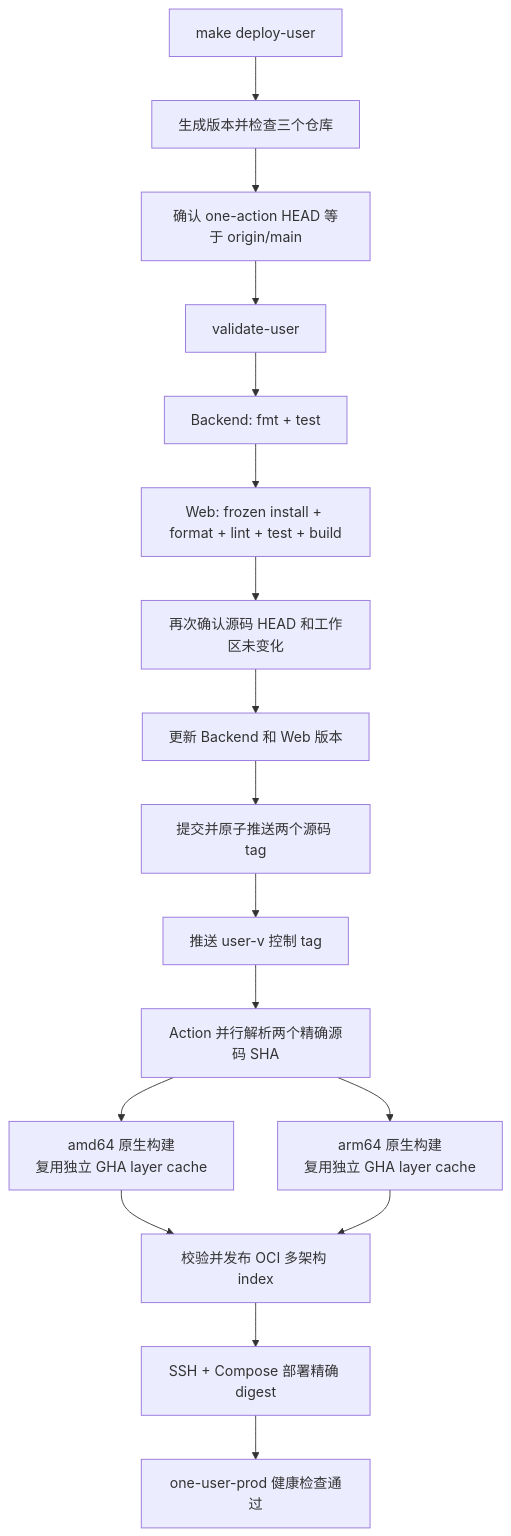
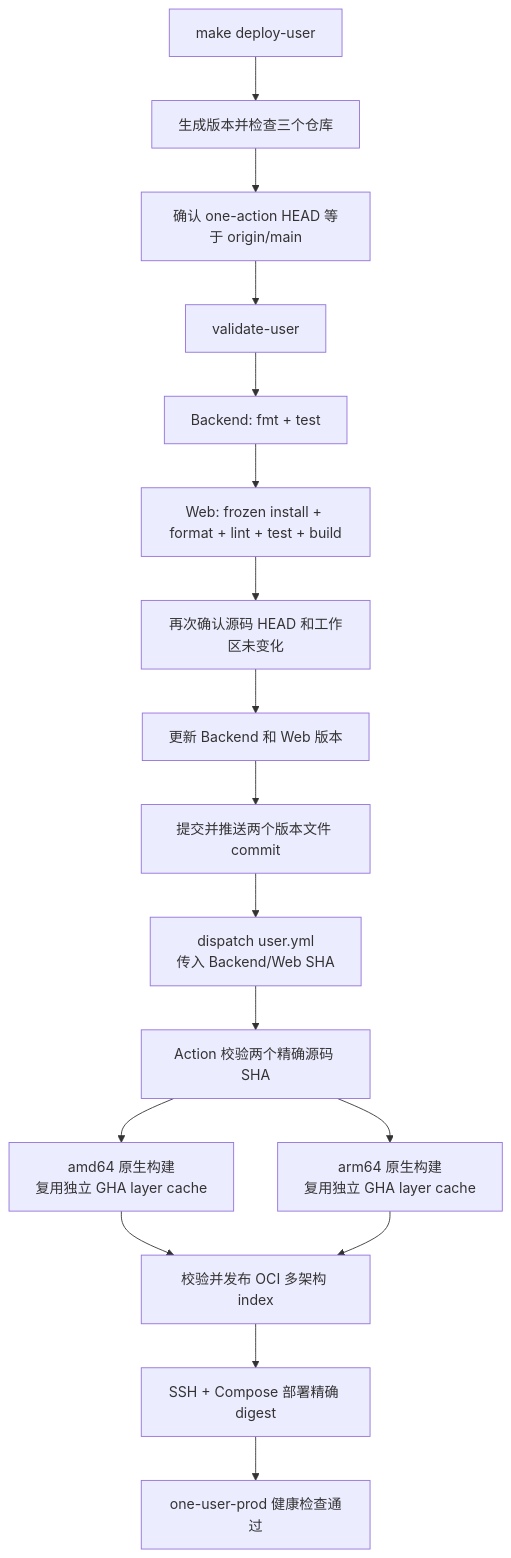
Before and after one commit to voiceofhu/one-action: the diagram in README.md, drawn with Mermaid. The commit also changed other lines of this file and 16 other files, not shown here.

Commit message:
refactor: dispatch product releases by exact source SHA

````diff
--- a/README.md
+++ b/README.md
@@ -40,19 +40,19 @@
 ```mermaid
 flowchart TD
     start[make deploy-user] --> plan[生成版本并检查三个仓库]
     plan --> action[确认 one-action HEAD 等于 origin/main]
     action --> contract[validate-user]
     contract --> backend[Backend: fmt + test]
     backend --> web[Web: frozen install + format + lint + test + build]
     web --> stable[再次确认源码 HEAD 和工作区未变化]
     stable --> version[更新 Backend 和 Web 版本]
-    version --> source[提交并原子推送两个源码 tag]
-    source --> control[推送 user-v 控制 tag]
-    control --> resolve[Action 并行解析两个精确源码 SHA]
+    version --> source[提交并推送两个版本文件 commit]
+    source --> control[dispatch user.yml<br/>传入 Backend/Web SHA]
+    control --> resolve[Action 校验两个精确源码 SHA]
     resolve --> amd64[amd64 原生构建<br/>复用独立 GHA layer cache]
     resolve --> arm64[arm64 原生构建<br/>复用独立 GHA layer cache]
     amd64 --> index[校验并发布 OCI 多架构 index]
     arm64 --> index
     index --> deploy[SSH + Compose 部署精确 digest]
     deploy --> result[one-user-prod 健康检查通过]
 ```
````
